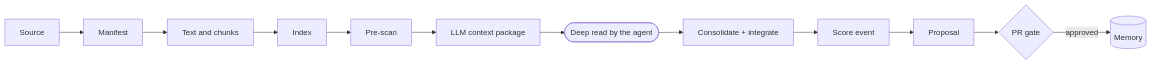
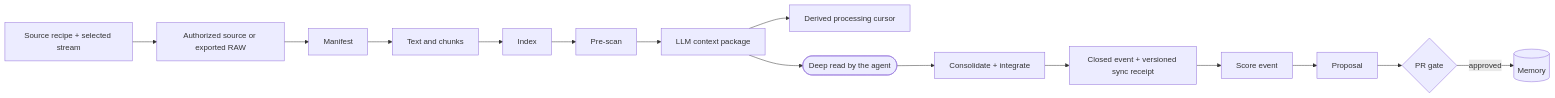
One commit to kimlage/wiki-viva-kit changed the diagram in memories/system/ingestion-process.md. Above: the diagram before and after it, drawn with Mermaid. The commit also changed other lines of this file and 53 other files, not shown here.

````diff
--- a/memories/system/ingestion-process.md
+++ b/memories/system/ingestion-process.md
@@ -43,14 +51,17 @@
 ```mermaid
 flowchart LR
-    Source["Source"] --> Manifest["Manifest"]
+    Recipe["Source recipe + selected stream"] --> Source["Authorized source or exported RAW"]
+    Source --> Manifest["Manifest"]
     Manifest --> Chunks["Text and chunks"]
     Chunks --> Index["Index"]
     Index --> Prescan["Pre-scan"]
     Prescan --> Package["LLM context package"]
+    Package --> Cursor["Derived processing cursor"]
     Package --> DeepRead(["Deep read by the agent"])
     DeepRead --> Integrate["Consolidate + integrate"]
-    Integrate --> Score["Score event"]
+    Integrate --> Receipt["Closed event + versioned sync receipt"]
+    Receipt --> Score["Score event"]
     Score --> Proposal["Proposal"]
     Proposal --> Gate{"PR gate"}
     Gate -->|approved| Memory[("Memory")]
 ```
````
